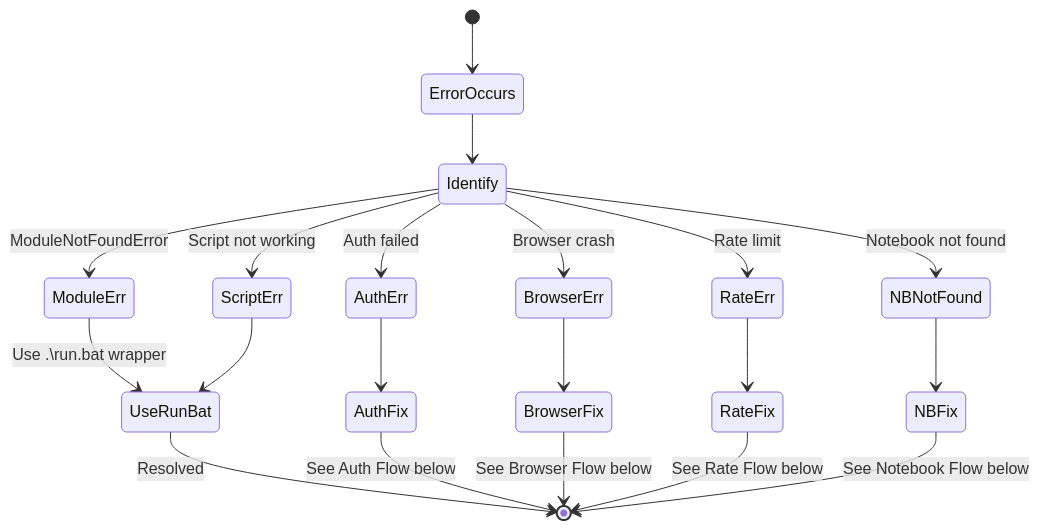
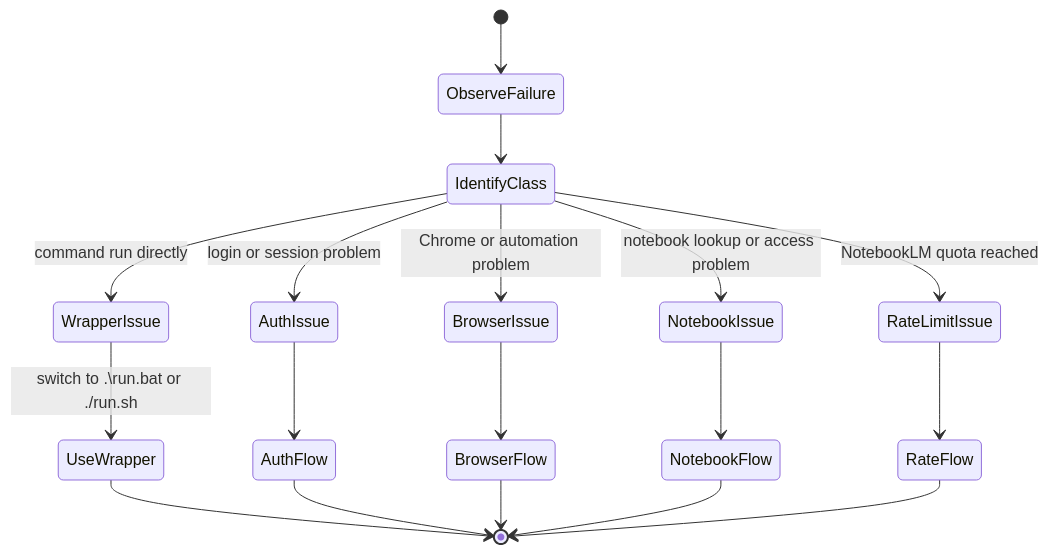
Before and after one commit to khengyun/notebooklm-experts-skill: the first of 6 diagrams in references/troubleshooting.md, drawn with Mermaid. The commit also changed other lines of this file and 23 other files, not shown here.

````diff
--- a/references/troubleshooting.md
+++ b/references/troubleshooting.md
@@ -5,27 +7,25 @@
 ```mermaid
 stateDiagram-v2
-    [*] --> ErrorOccurs
+    [*] --> ObserveFailure
 
-    ErrorOccurs --> Identify
-    state Identify <<choice>>
-    Identify --> ModuleErr: ModuleNotFoundError
-    Identify --> AuthErr: Auth failed
-    Identify --> BrowserErr: Browser crash
-    Identify --> RateErr: Rate limit
-    Identify --> NBNotFound: Notebook not found
-    Identify --> ScriptErr: Script not working
+    ObserveFailure --> IdentifyClass
+    state IdentifyClass <<choice>>
+    IdentifyClass --> WrapperIssue: command run directly
+    IdentifyClass --> AuthIssue: login or session problem
+    IdentifyClass --> BrowserIssue: Chrome or automation problem
+    IdentifyClass --> NotebookIssue: notebook lookup or access problem
+    IdentifyClass --> RateLimitIssue: NotebookLM quota reached
 
-    ModuleErr --> UseRunBat: Use .\run.bat wrapper
-    UseRunBat --> [*]: Resolved
+    WrapperIssue --> UseWrapper: switch to .\run.bat or ./run.sh
+    UseWrapper --> [*]
 
-    AuthErr --> AuthFix
-    BrowserErr --> BrowserFix
-    RateErr --> RateFix
-    NBNotFound --> NBFix
-    ScriptErr --> UseRunBat
+    AuthIssue --> AuthFlow
+    BrowserIssue --> BrowserFlow
+    NotebookIssue --> NotebookFlow
+    RateLimitIssue --> RateFlow
 
-    AuthFix --> [*]: See Auth Flow below
-    BrowserFix --> [*]: See Browser Flow below
-    RateFix --> [*]: See Rate Flow below
-    NBFix --> [*]: See Notebook Flow below
+    AuthFlow --> [*]
+    BrowserFlow --> [*]
+    NotebookFlow --> [*]
+    RateFlow --> [*]
 ```
````
